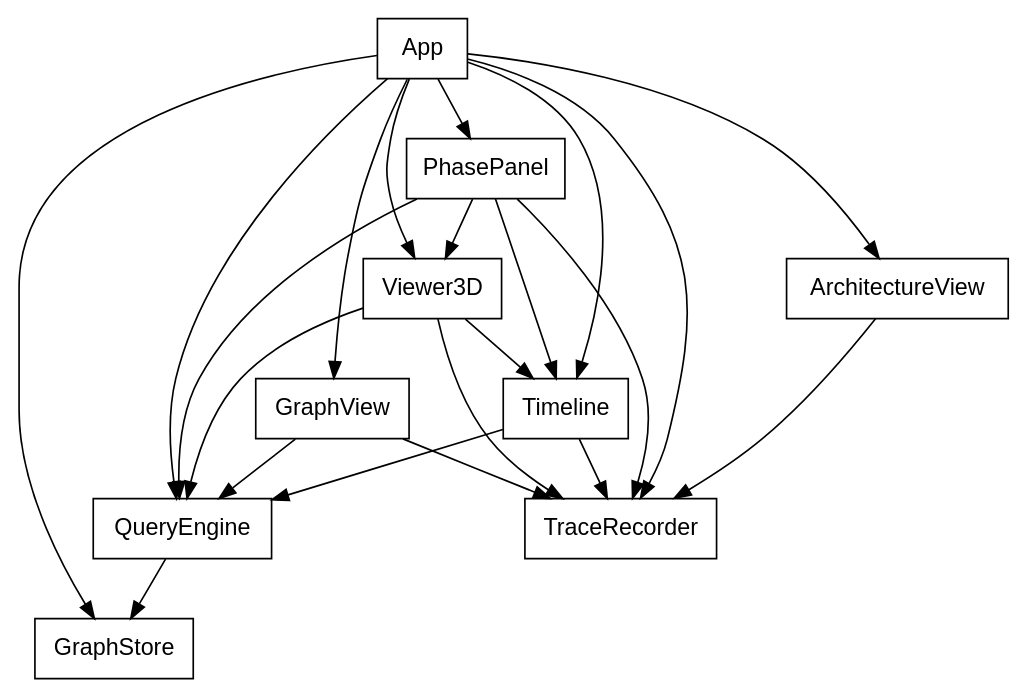
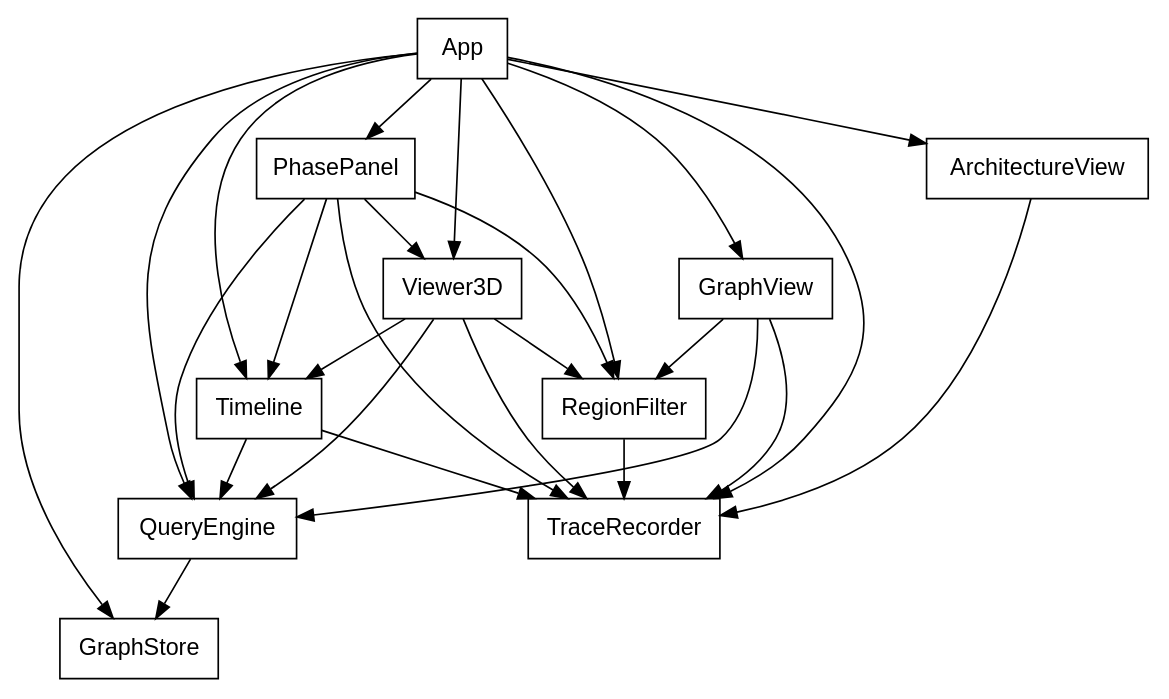
The diagram in generated/diagrams/components.dot (argent0/bio-mechanics), drawn with Graphviz before and after one commit. The commit also changed 4 other files, not shown here.

Commit message:
Add component RegionFilter at web/src/region/ Imported by the muscle views and App; imports TraceRecorder

```diff
--- a/generated/diagrams/components.dot
+++ b/generated/diagrams/components.dot
@@ -1,36 +1,42 @@
 // Generated by `lake exe gen` from spec/BioMech/Components.lean. Edit the Lean source, then regenerate: cd spec && lake exe gen
 digraph components {
   rankdir=TB;
   node [shape=box, fontname="Helvetica"];
   edge [fontname="Helvetica", fontsize=10];
   "App" [label="App"];
   "PhasePanel" [label="PhasePanel"];
   "Viewer3D" [label="Viewer3D"];
   "Timeline" [label="Timeline"];
   "GraphView" [label="GraphView"];
   "QueryEngine" [label="QueryEngine"];
   "GraphStore" [label="GraphStore"];
+  "RegionFilter" [label="RegionFilter"];
   "ArchitectureView" [label="ArchitectureView"];
   "TraceRecorder" [label="TraceRecorder"];
   "QueryEngine" -> "GraphStore";
   "Timeline" -> "QueryEngine";
   "Viewer3D" -> "QueryEngine";
   "PhasePanel" -> "QueryEngine";
   "GraphView" -> "QueryEngine";
+  "Viewer3D" -> "RegionFilter";
+  "PhasePanel" -> "RegionFilter";
+  "GraphView" -> "RegionFilter";
   "Viewer3D" -> "Timeline";
   "PhasePanel" -> "Timeline";
   "PhasePanel" -> "Viewer3D";
   "Timeline" -> "TraceRecorder";
   "Viewer3D" -> "TraceRecorder";
   "PhasePanel" -> "TraceRecorder";
+  "RegionFilter" -> "TraceRecorder";
   "GraphView" -> "TraceRecorder";
   "ArchitectureView" -> "TraceRecorder";
   "App" -> "GraphStore";
   "App" -> "QueryEngine";
   "App" -> "TraceRecorder";
   "App" -> "Timeline";
   "App" -> "Viewer3D";
   "App" -> "PhasePanel";
+  "App" -> "RegionFilter";
   "App" -> "GraphView";
   "App" -> "ArchitectureView";
 }
```
